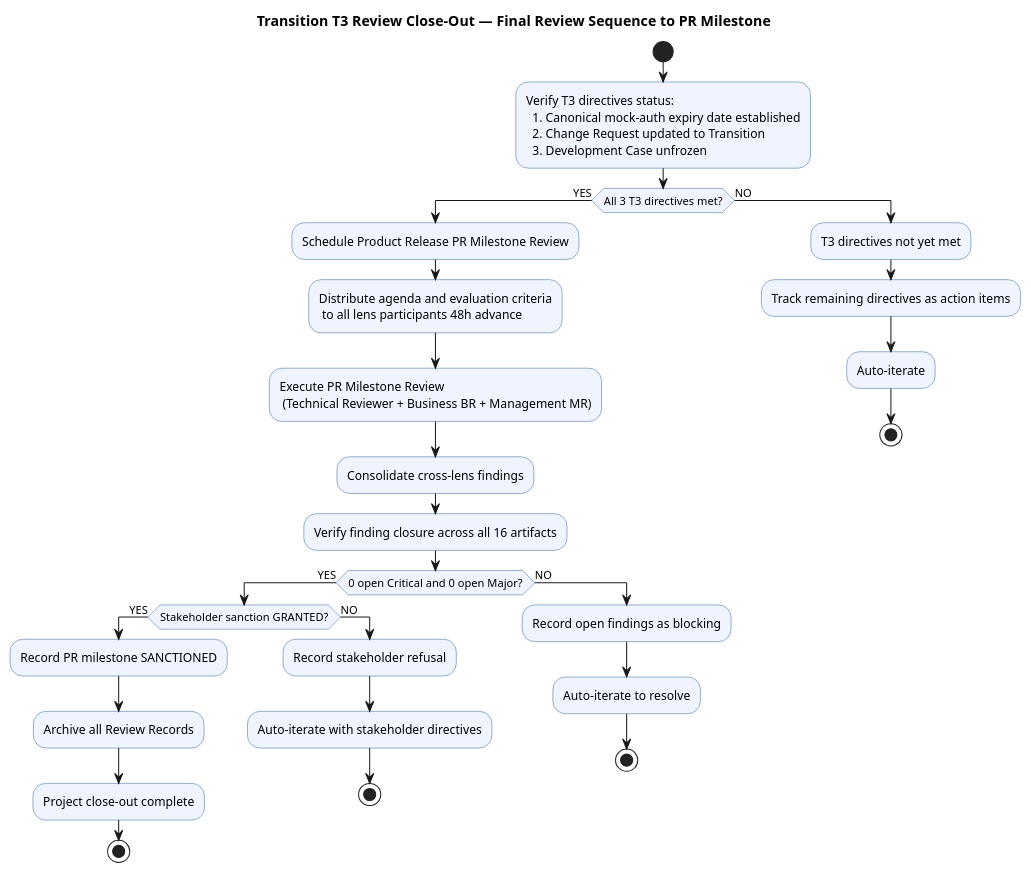
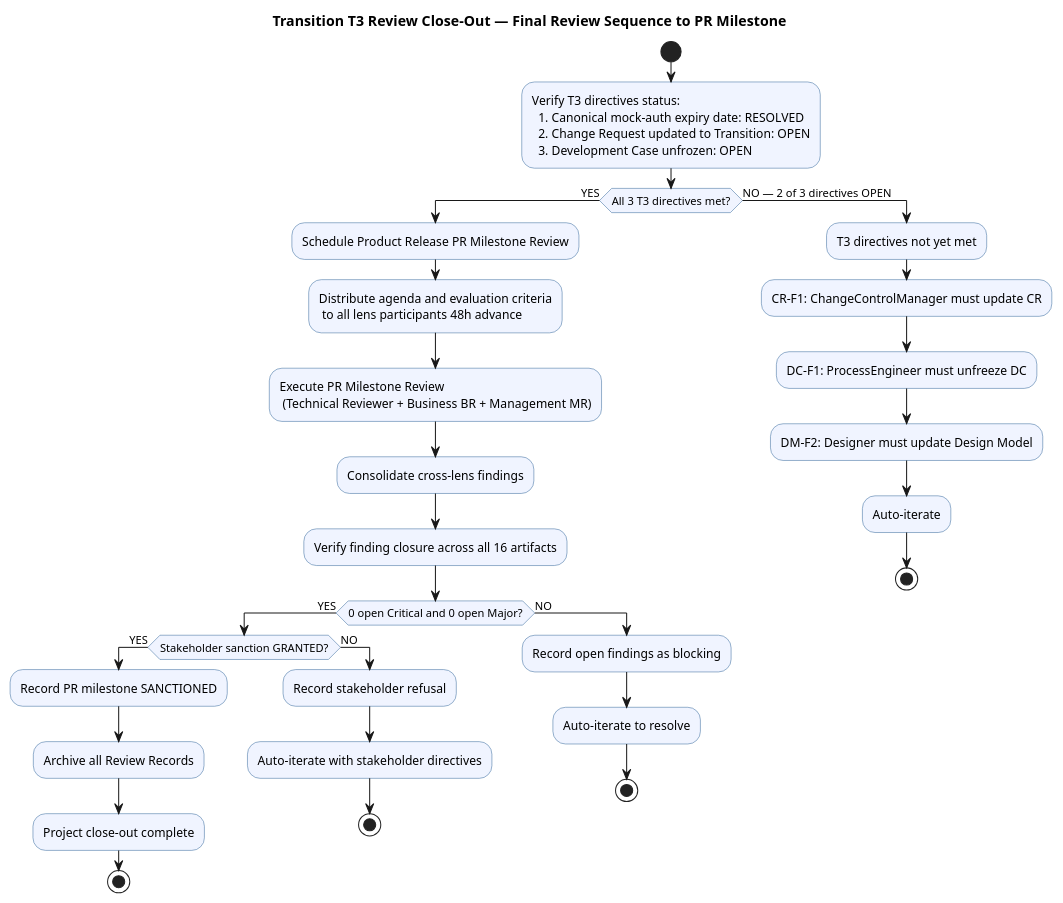
The fifth of 6 diagrams in docs/artifacts/project-management/review-record.md (banense-test/portal-cuba-corp), drawn with PlantUML before and after one commit. The commit also changed other lines of this file, not shown here.

````diff
--- a/docs/artifacts/project-management/review-record.md
+++ b/docs/artifacts/project-management/review-record.md
@@ -434,51 +604,53 @@
 ```plantuml
 @startuml
 title Transition T3 Review Close-Out — Final Review Sequence to PR Milestone
 
 skinparam activityBackgroundColor #F0F4FF
 skinparam activityBorderColor #336699
 skinparam shadowing false
 
 start
 
 :Verify T3 directives status:
-  1. Canonical mock-auth expiry date established
-  2. Change Request updated to Transition
-  3. Development Case unfrozen;
+  1. Canonical mock-auth expiry date: RESOLVED
+  2. Change Request updated to Transition: OPEN
+  3. Development Case unfrozen: OPEN;
 
 if (All 3 T3 directives met?) then (YES)
   :Schedule Product Release PR Milestone Review;
   :Distribute agenda and evaluation criteria
    to all lens participants 48h advance;
   
   :Execute PR Milestone Review
    (Technical Reviewer + Business BR + Management MR);
   
   :Consolidate cross-lens findings;
   :Verify finding closure across all 16 artifacts;
   
   if (0 open Critical and 0 open Major?) then (YES)
     if (Stakeholder sanction GRANTED?) then (YES)
       :Record PR milestone SANCTIONED;
       :Archive all Review Records;
       :Project close-out complete;
       stop
     else (NO)
       :Record stakeholder refusal;
       :Auto-iterate with stakeholder directives;
       stop
     endif
   else (NO)
     :Record open findings as blocking;
     :Auto-iterate to resolve;
     stop
   endif
-else (NO)
+else (NO — 2 of 3 directives OPEN)
   :T3 directives not yet met;
-  :Track remaining directives as action items;
+  :CR-F1: ChangeControlManager must update CR;
+  :DC-F1: ProcessEngineer must unfreeze DC;
+  :DM-F2: Designer must update Design Model;
   :Auto-iterate;
   stop
 endif
 
 @enduml
 ```
````
